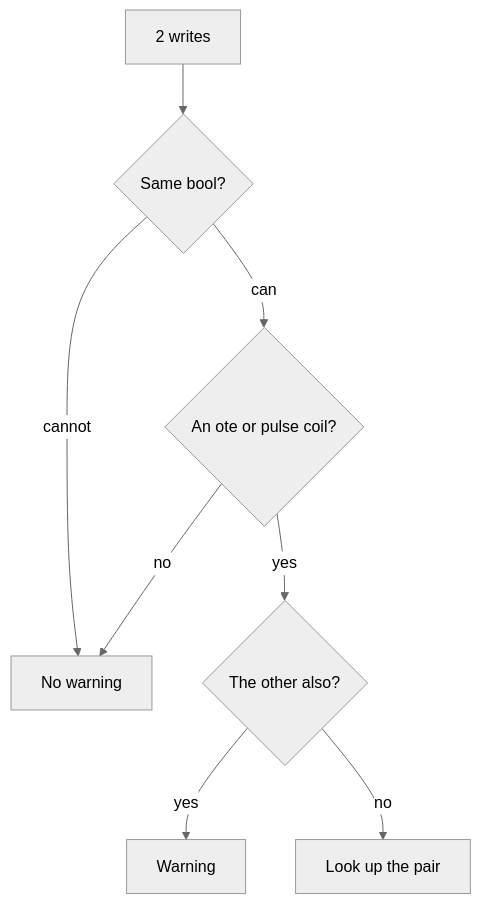
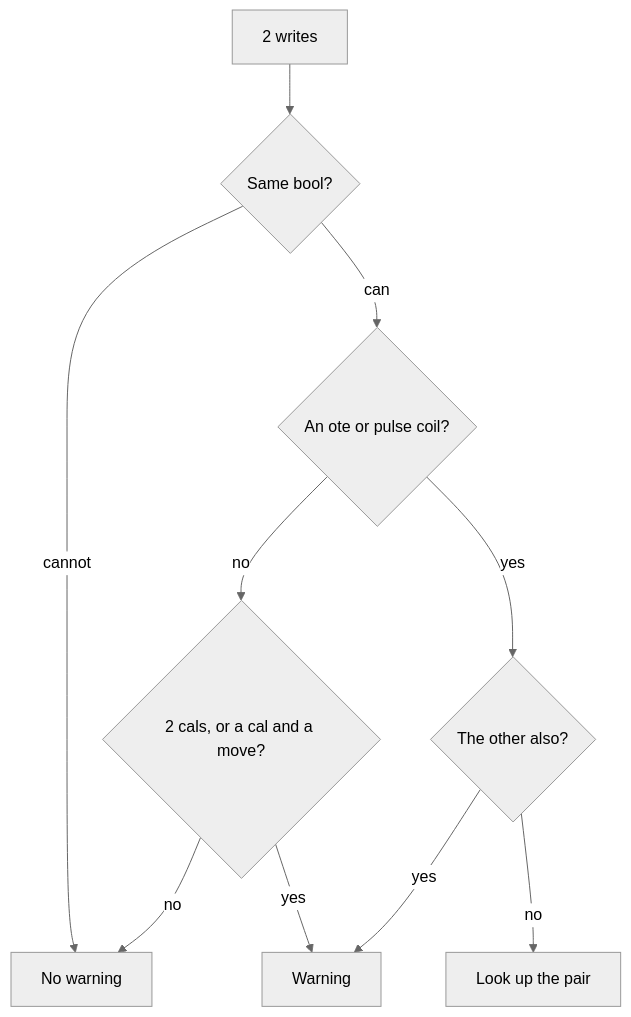
One commit to rellen/logex changed the diagram in guides/reference/warnings.md. Above: the diagram before and after it, drawn with Mermaid (neutral theme). The commit also changed other lines of this file and 19 other files, not shown here.

````diff
--- a/guides/reference/warnings.md
+++ b/guides/reference/warnings.md
@@ -194,10 +195,12 @@
 ```mermaid
 flowchart TD
   pair[2 writes] --> same{Same bool?}
   same -- cannot --> none[No warning]
   same -- can --> one{An ote or pulse coil?}
-  one -- no --> none
+  one -- no --> cal{2 cals, or a cal and a move?}
+  cal -- no --> none
+  cal -- yes --> warn
   one -- yes --> both{The other also?}
   both -- yes --> warn[Warning]
   both -- no --> table[Look up the pair]
 ```
````
